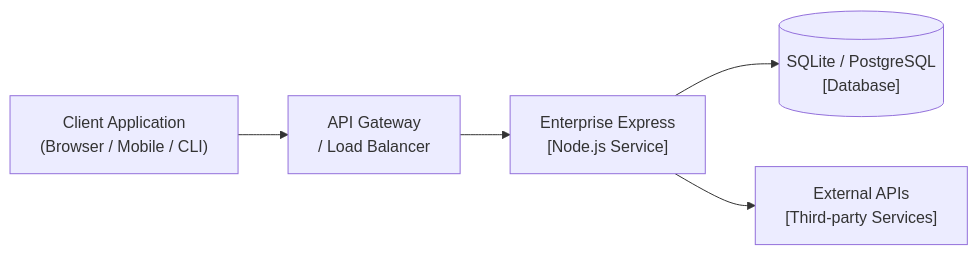
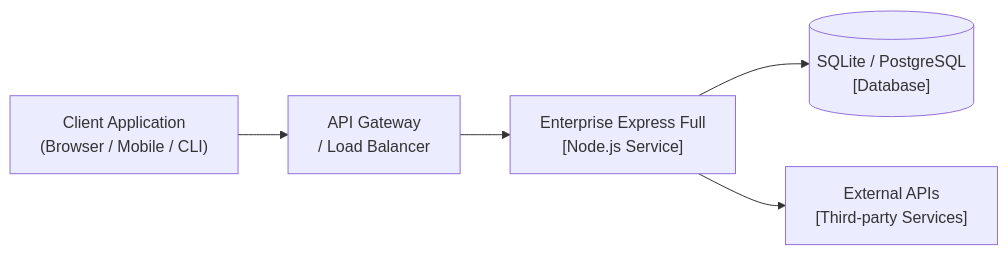
The first of 3 diagrams in docs/c4-model.md (hsummerhays/enterprise-express), drawn with Mermaid before and after one commit. The commit also changed other lines of this file and 7 other files, not shown here.

Commit message:
chore: rebrand to Enterprise Express Full and enhance Scalar API Docs

````diff
--- a/docs/c4-model.md
+++ b/docs/c4-model.md
@@ -11,22 +13,23 @@
 ```mermaid
 flowchart LR
     Client["Client Application
     (Browser / Mobile / CLI)"]
 
     Gateway["API Gateway
     / Load Balancer"]
 
-    API["Enterprise Express
+
+    API["Enterprise Express Full
     [Node.js Service]"]
 
     DB[("SQLite / PostgreSQL
     [Database]")]
 
     External["External APIs
     [Third-party Services]"]
 
     Client --> Gateway
     Gateway --> API
     API --> DB
     API --> External
 ```
````
